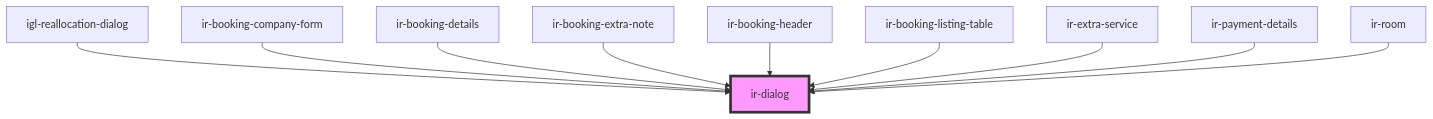
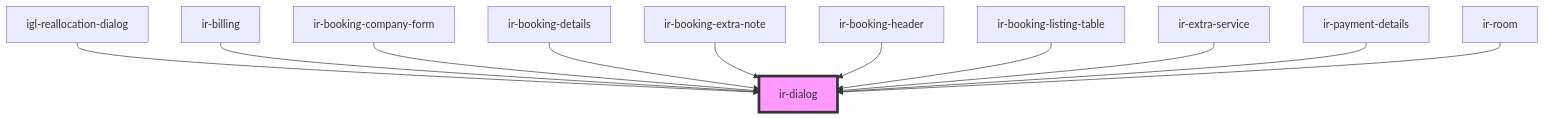
Before and after one commit to David1Chowaifaty/modified-ir-webcmp: the diagram in src/components/ui/ir-dialog/readme.md, drawn with Mermaid. The commit also changed other lines of this file and 26 other files, not shown here.

````diff
--- a/src/components/ui/ir-dialog/readme.md
+++ b/src/components/ui/ir-dialog/readme.md
@@ -66,13 +67,14 @@
 ```mermaid
 graph TD;
   igl-reallocation-dialog --> ir-dialog
+  ir-billing --> ir-dialog
   ir-booking-company-form --> ir-dialog
   ir-booking-details --> ir-dialog
   ir-booking-extra-note --> ir-dialog
   ir-booking-header --> ir-dialog
   ir-booking-listing-table --> ir-dialog
   ir-extra-service --> ir-dialog
   ir-payment-details --> ir-dialog
   ir-room --> ir-dialog
   style ir-dialog fill:#f9f,stroke:#333,stroke-width:4px
 ```
````
